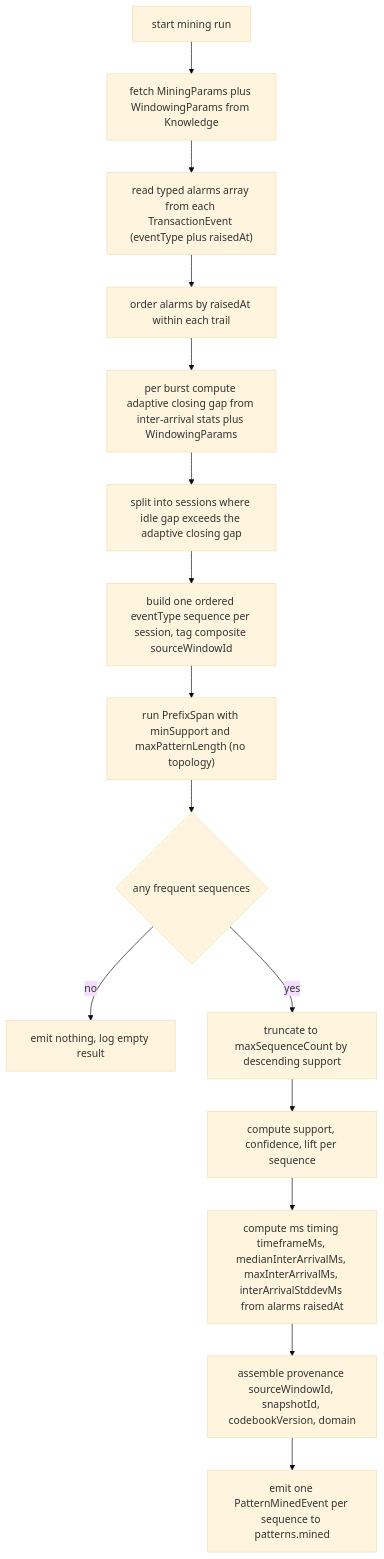
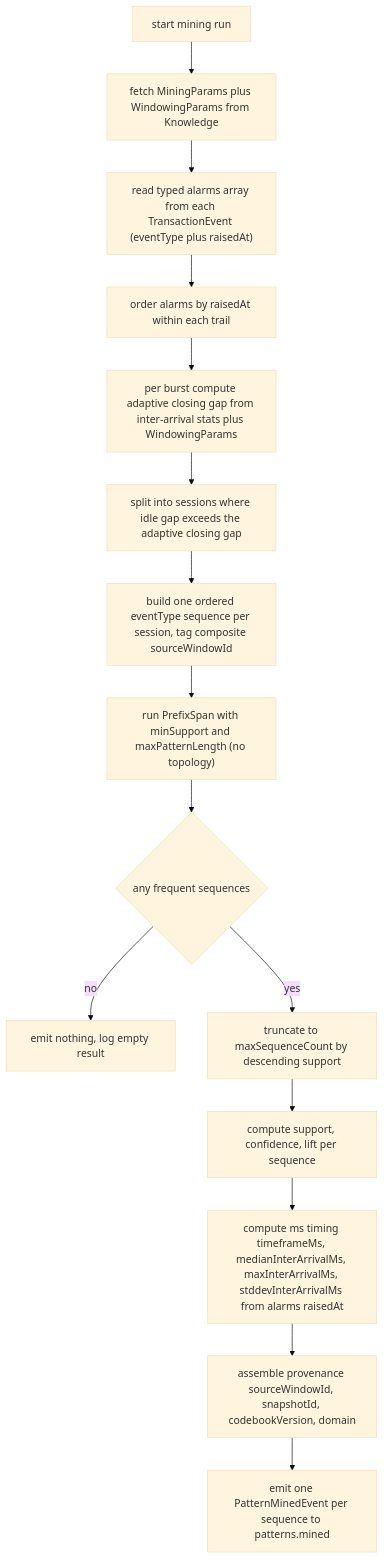
Before and after one commit to nikhilmohan/correlation-platform: the fourth of 4 diagrams in services/pattern-miner/design.md, drawn with Mermaid (base theme). The commit also changed other lines of this file and 1 other file, not shown here.

First line of the commit message:
fix(pattern-miner): align stddev timing key to consumer (stddevInterArrivalMs)

````diff
--- a/services/pattern-miner/design.md
+++ b/services/pattern-miner/design.md
@@ -247,17 +247,17 @@
 ```mermaid
 flowchart TD
   S["start mining run"] --> P["fetch MiningParams plus WindowingParams from Knowledge"]
   P --> READ["read typed alarms array from each TransactionEvent (eventType plus raisedAt)"]
   READ --> ORD["order alarms by raisedAt within each trail"]
   ORD --> GAP["per burst compute adaptive closing gap from inter-arrival stats plus WindowingParams"]
   GAP --> SESS["split into sessions where idle gap exceeds the adaptive closing gap"]
   SESS --> SEQ["build one ordered eventType sequence per session, tag composite sourceWindowId"]
   SEQ --> PSPAN["run PrefixSpan with minSupport and maxPatternLength (no topology)"]
   PSPAN --> FREQ{"any frequent sequences"}
   FREQ -- no --> DONE["emit nothing, log empty result"]
   FREQ -- yes --> CAP["truncate to maxSequenceCount by descending support"]
   CAP --> METR["compute support, confidence, lift per sequence"]
-  METR --> TIM["compute ms timing timeframeMs, medianInterArrivalMs, maxInterArrivalMs, interArrivalStddevMs from alarms raisedAt"]
+  METR --> TIM["compute ms timing timeframeMs, medianInterArrivalMs, maxInterArrivalMs, stddevInterArrivalMs from alarms raisedAt"]
   TIM --> PROV["assemble provenance sourceWindowId, snapshotId, codebookVersion, domain"]
   PROV --> EMIT["emit one PatternMinedEvent per sequence to patterns.mined"]
 ```
````
